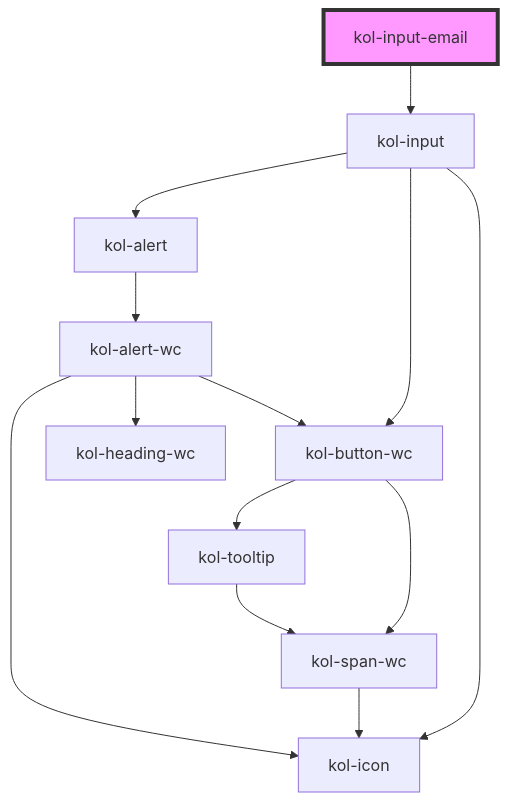
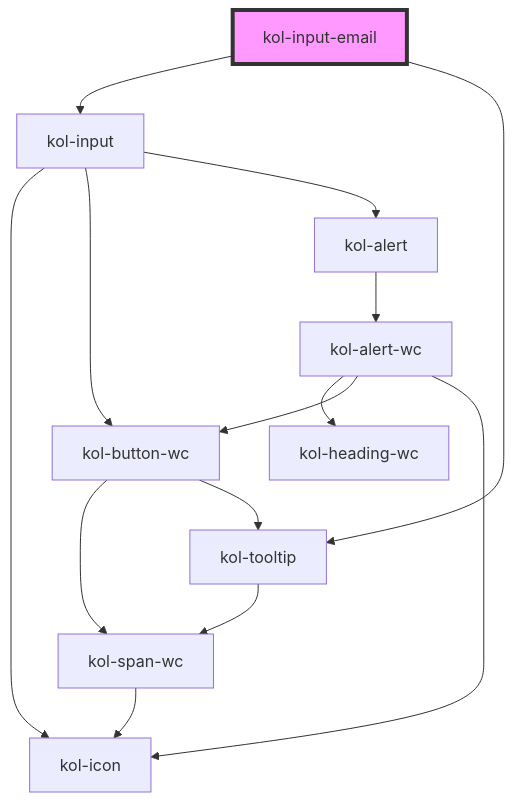
One commit to public-ui/kolibri changed the diagram in packages/components/src/components/input-email/readme.md. Above: the diagram before and after it, drawn with Mermaid. The commit also changed other lines of this file and 96 other files, not shown here.

````diff
--- a/packages/components/src/components/input-email/readme.md
+++ b/packages/components/src/components/input-email/readme.md
@@ -89,16 +91,17 @@
 ```mermaid
 graph TD;
   kol-input-email --> kol-input
+  kol-input-email --> kol-tooltip
   kol-input --> kol-icon
   kol-input --> kol-button-wc
   kol-input --> kol-alert
   kol-button-wc --> kol-span-wc
   kol-button-wc --> kol-tooltip
   kol-span-wc --> kol-icon
   kol-tooltip --> kol-span-wc
   kol-alert --> kol-alert-wc
   kol-alert-wc --> kol-heading-wc
   kol-alert-wc --> kol-button-wc
   kol-alert-wc --> kol-icon
   style kol-input-email fill:#f9f,stroke:#333,stroke-width:4px
 ```
````
